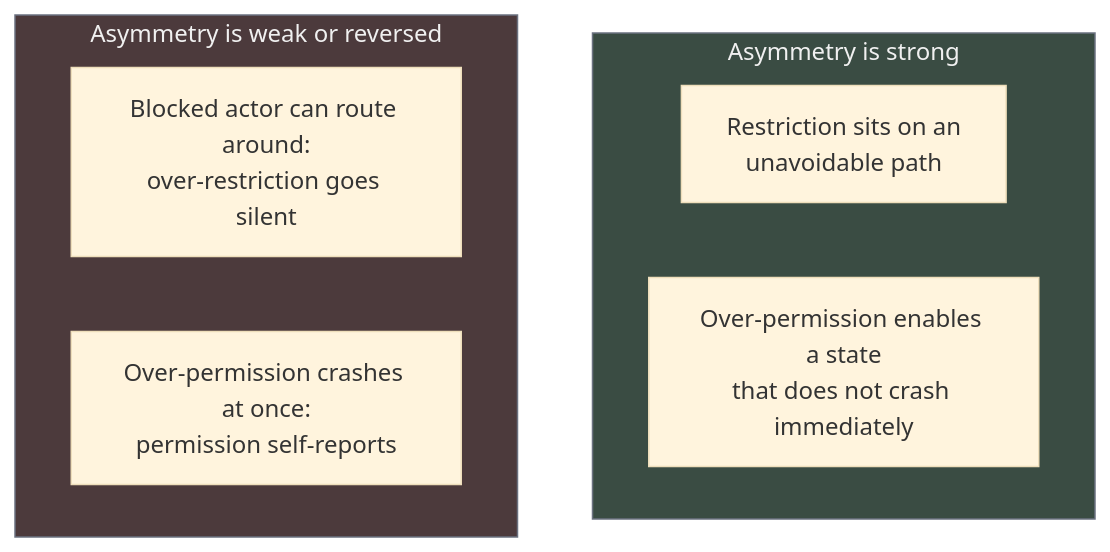
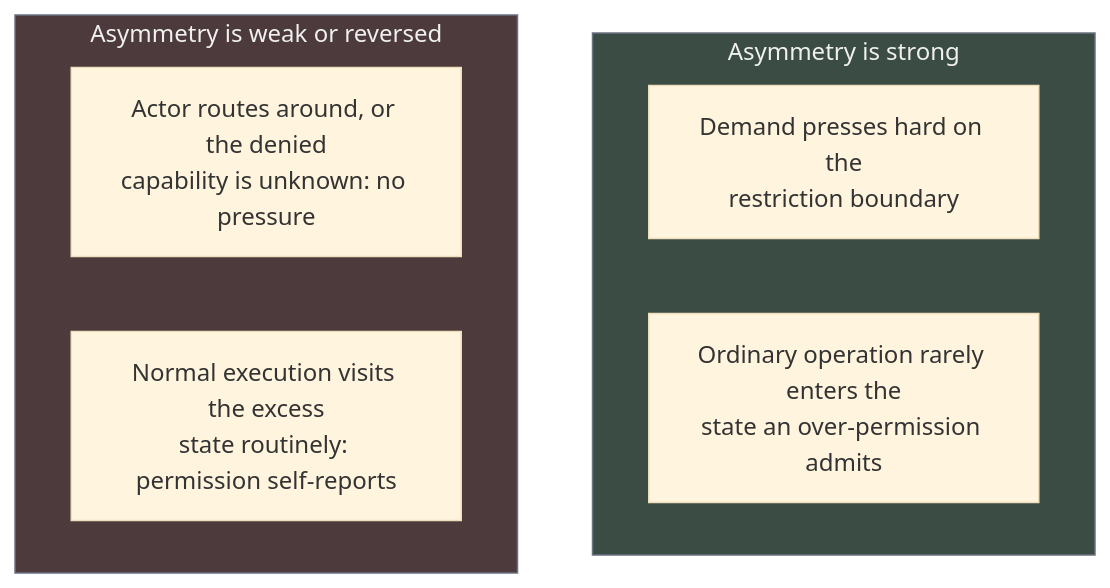
Before and after one commit to blackwell-systems/blog: the second of 2 diagrams in content/posts/falsifiability-asymmetry.md, drawn with Mermaid (base theme). The commit also changed other lines of this file, not shown here.

Commit message:
post: recast the mechanism as unequal boundary pressure; add reversal cases, scoping, and non-binary observability

```diff
--- a/content/posts/falsifiability-asymmetry.md
+++ b/content/posts/falsifiability-asymmetry.md
@@ -86,15 +84,15 @@
 {{< mermaid >}}
 flowchart TB
     subgraph holds["Asymmetry is strong"]
-        h1[Restriction sits on an<br/>unavoidable path]
-        h2[Over-permission enables a state<br/>that does not crash immediately]
+        h1[Demand presses hard on the<br/>restriction boundary]
+        h2[Ordinary operation rarely enters the<br/>state an over-permission admits]
     end
 
     subgraph weak["Asymmetry is weak or reversed"]
-        w1[Blocked actor can route around:<br/>over-restriction goes silent]
-        w2[Over-permission crashes at once:<br/>permission self-reports]
+        w1[Actor routes around, or the denied<br/>capability is unknown: no pressure]
+        w2[Normal execution visits the excess<br/>state routinely: permission self-reports]
     end
 
     style holds fill:#3A4C43,stroke:#6b7280,color:#f0f0f0
     style weak fill:#4C3A3C,stroke:#6b7280,color:#f0f0f0
 {{< /mermaid >}}
```
